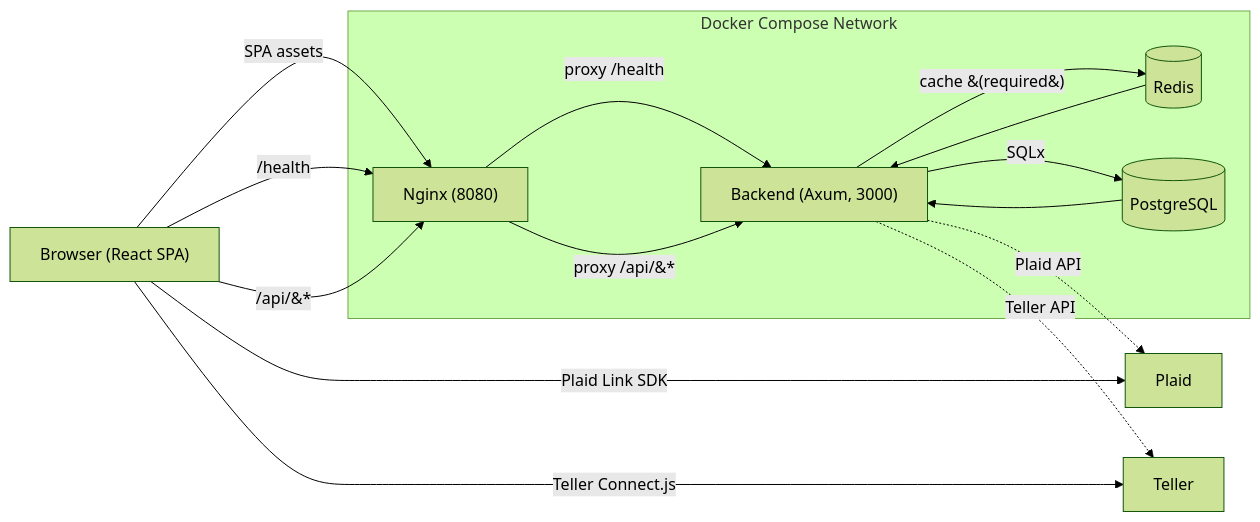
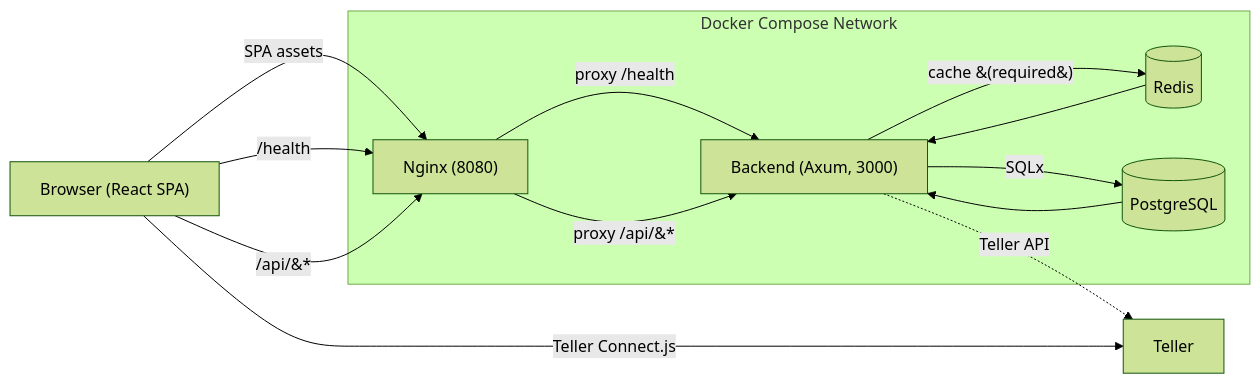
Before and after one commit to TwoBitFoundry/sumurai: the diagram in docs/ARCHITECTURE.md, drawn with Mermaid (forest theme). The commit also changed other lines of this file and 3 other files, not shown here.

Commit message:
refactor: remove Plaid integration and migrate frontend to Next.js, streamlining documentation and API for Teller-only financial data aggregation.

````diff
--- a/docs/ARCHITECTURE.md
+++ b/docs/ARCHITECTURE.md
@@ -14,27 +14,25 @@
 ```mermaid
 flowchart LR
 
   A["Browser (React SPA)"] -->|SPA assets| B["Nginx (8080)"]
   A -->|/health| B
   A -->|/api/&#42;| B
 
   B -->|proxy /health| C["Backend (Axum, 3000)"]
   B -->|proxy /api/&#42;| C
 
   C -->|cache &#40;required&#41;| D[(Redis)]
   D --> C
   C -->|SQLx| E[(PostgreSQL)]
   E --> C
 
-  C -.->|Plaid API| F["Plaid"]
   C -.->|Teller API| G["Teller"]
-  A -->|Plaid Link SDK| F
   A -->|Teller Connect.js| G
 
   subgraph "Docker Compose Network"
     B
     C
     D
     E
   end
 ```
````
